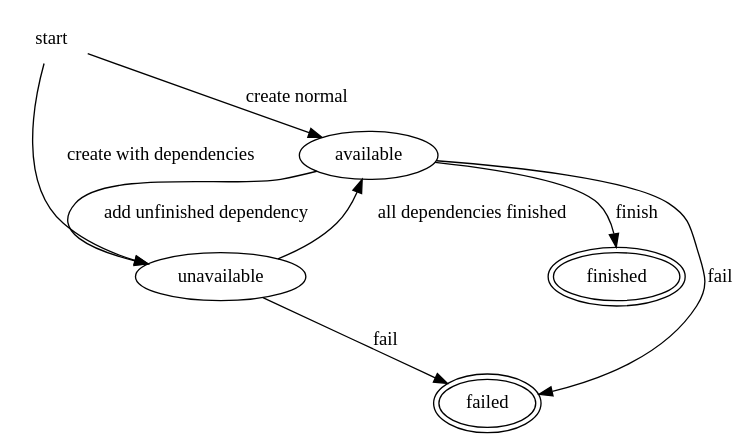
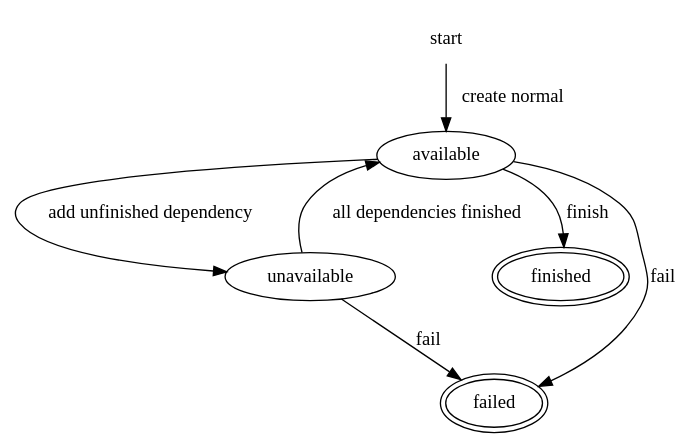
Before and after one commit to NorfairKing/swop: the diagram in diagrams/task_dfs.dot, drawn with Graphviz. The commit also changed 2 other files, not shown here.

```diff
--- a/diagrams/task_dfs.dot
+++ b/diagrams/task_dfs.dot
@@ -1,30 +1,29 @@
 digraph finite_state_machine {
     node [label=""];
 
     start           [label="start", shape=none];
     available       [label="available"];
     unavailable     [label="unavailable"];
     finished        [label="finished", peripheries=2];
     failed          [label="failed",peripheries=2];
 
     start -> available[label="create normal"];
-    start -> unavailable[label="create with dependencies"];
 
     available -> unavailable [label="add unfinished dependency"];
     available -> finished    [label="finish"];
     available -> failed      [label="fail"];
 
     unavailable -> available [label="all dependencies finished"];
     unavailable -> failed    [label="fail"];
     // unavailable -> finished not possible
-    
+
     // finished -> available not possible
     // finished -> unavailable not possible
     // finished -> failed not possible
-    
+
     // failed -> available not possible
     // failed -> unavailable not possible
     // failed -> finished not possible
 
-    
+
 }
```
